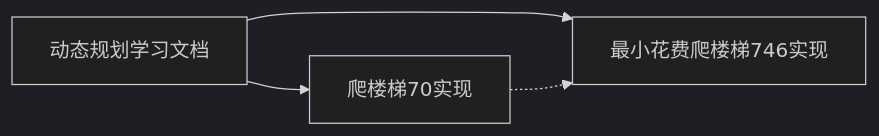
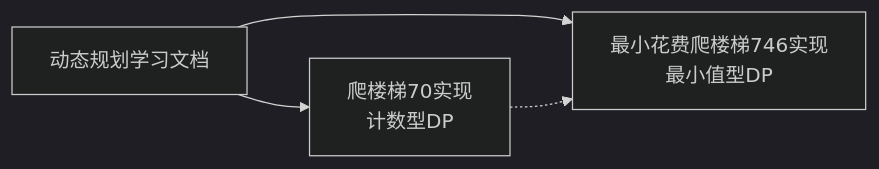
One commit to jameingh/x-leetcode changed the fourth of 4 diagrams in .qoder/repowiki/zh/content/学习路径指南/第三阶段：高级算法学习指南/动态规划学习指南.md. Above: the diagram before and after it, drawn with Mermaid (dark theme). The commit also changed other lines of this file and 33 other files, not shown here.

````diff
--- a/.qoder/repowiki/zh/content/学习路径指南/第三阶段：高级算法学习指南/动态规划学习指南.md
+++ b/.qoder/repowiki/zh/content/学习路径指南/第三阶段：高级算法学习指南/动态规划学习指南.md
@@ -144,6 +145,6 @@
 ```mermaid
 graph LR
-Doc["动态规划学习文档"] --> P70["爬楼梯70实现"]
-Doc --> P746["最小花费爬楼梯746实现"]
+Doc["动态规划学习文档"] --> P70["爬楼梯70实现<br/>计数型DP"]
+Doc --> P746["最小花费爬楼梯746实现<br/>最小值型DP"]
 P70 -.-> P746
 ```
````
